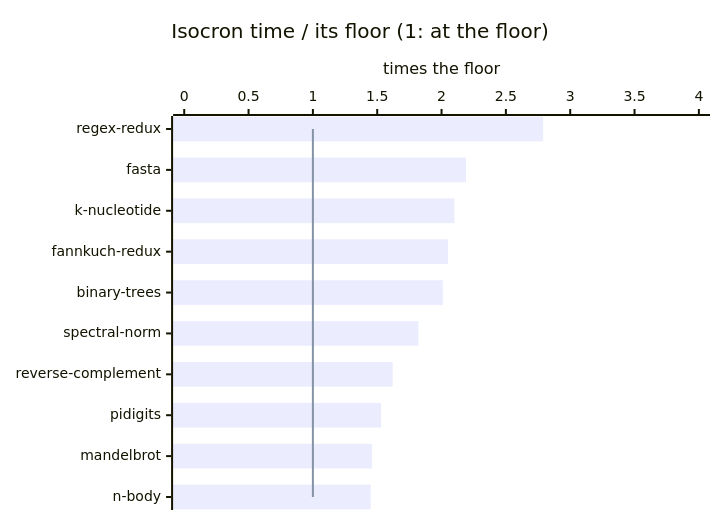
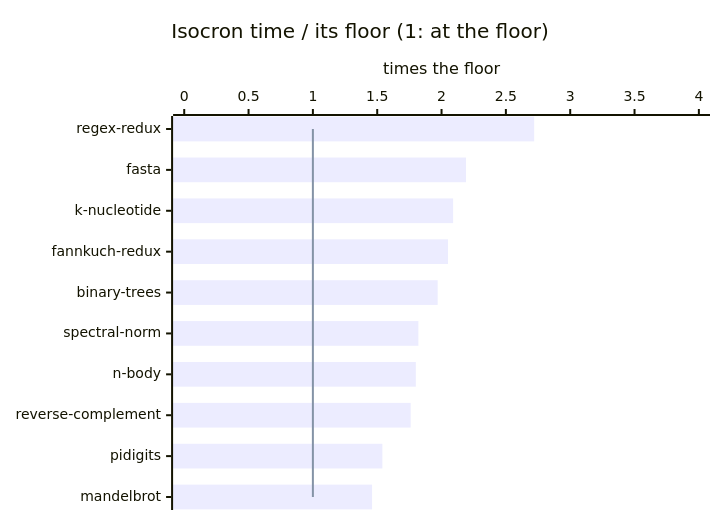
One commit to jbillard/isocron changed the diagram in results/floors.md. Above: the diagram before and after it, drawn with Mermaid. The commit also changed other lines of this file and 23 other files, not shown here.

````diff
--- a/results/floors.md
+++ b/results/floors.md
@@ -36,8 +36,8 @@
 ```mermaid
 xychart-beta horizontal
     title "Isocron time / its floor (1: at the floor)"
-    x-axis ["regex-redux", "fasta", "k-nucleotide", "fannkuch-redux", "binary-trees", "spectral-norm", "reverse-complement", "pidigits", "mandelbrot", "n-body"]
+    x-axis ["regex-redux", "fasta", "k-nucleotide", "fannkuch-redux", "binary-trees", "spectral-norm", "n-body", "reverse-complement", "pidigits", "mandelbrot"]
     y-axis "times the floor" 0 --> 4
-    bar [2.79, 2.19, 2.10, 2.05, 2.01, 1.82, 1.62, 1.53, 1.46, 1.45]
+    bar [2.72, 2.19, 2.09, 2.05, 1.97, 1.82, 1.80, 1.76, 1.54, 1.46]
     line [1.00, 1.00, 1.00, 1.00, 1.00, 1.00, 1.00, 1.00, 1.00, 1.00]
 ```
````
